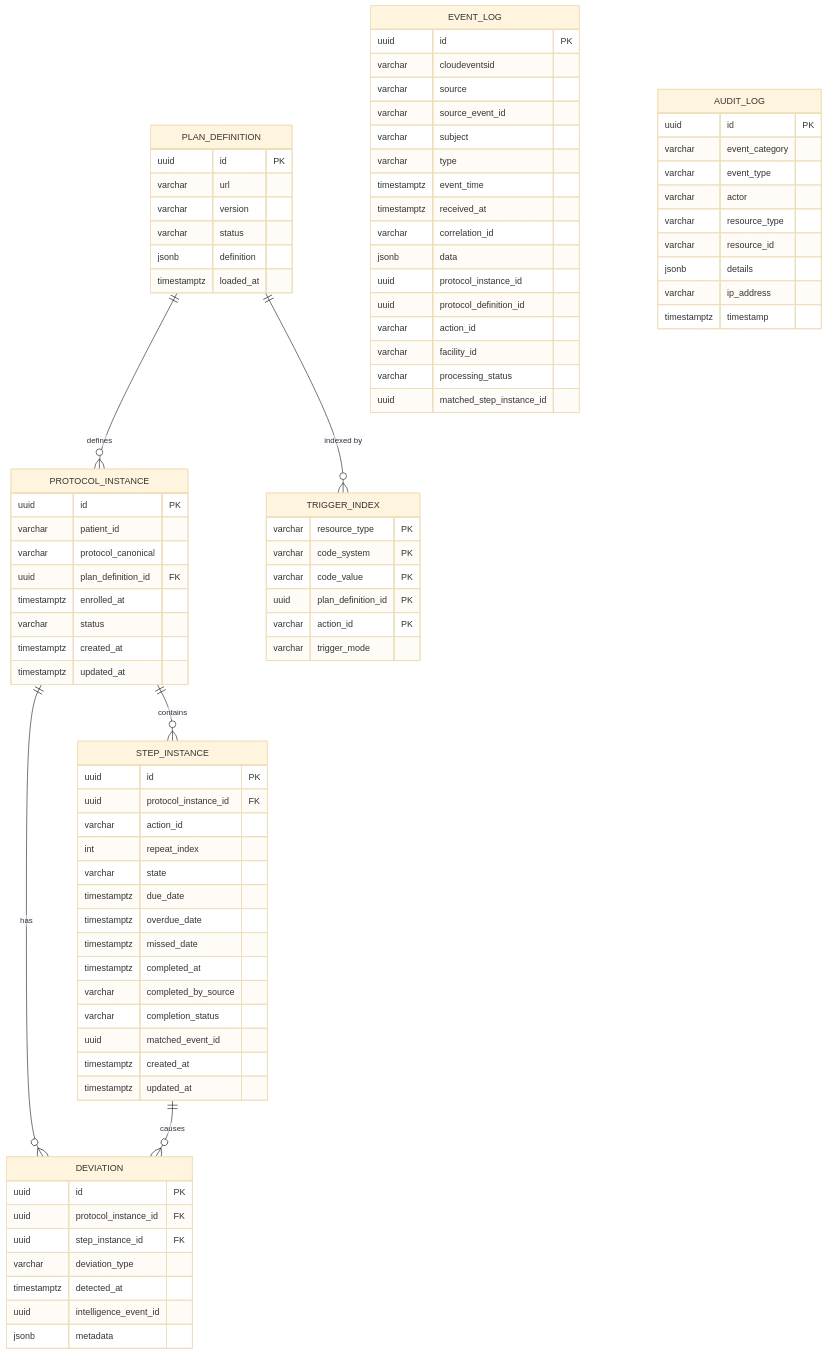
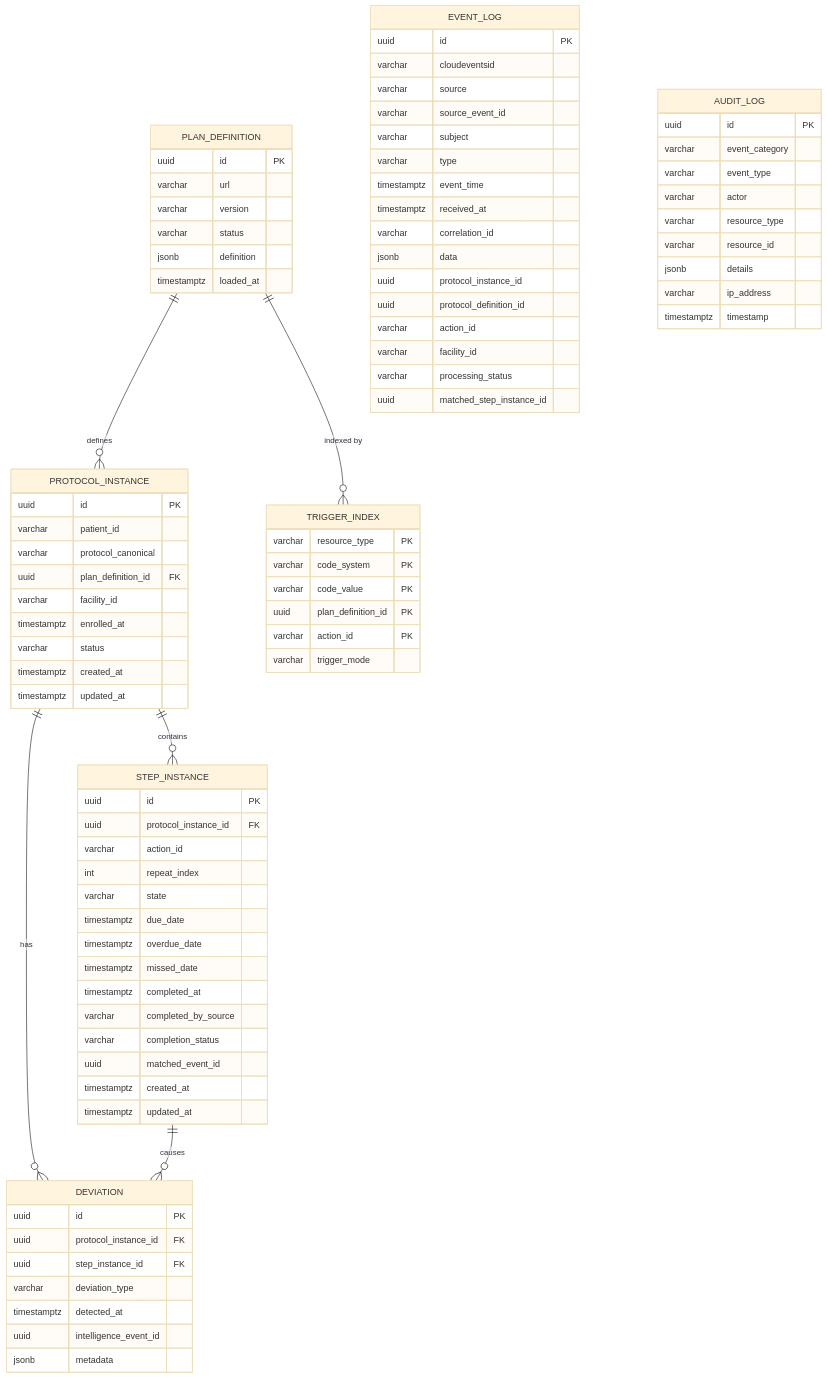
One commit to ishashankakkasali/cce-compliance-service changed the diagram in docs/data-model.md. Above: the diagram before and after it, drawn with Mermaid (base theme). The commit also changed other lines of this file and 5 other files, not shown here.

```diff
--- a/docs/data-model.md
+++ b/docs/data-model.md
@@ -24,6 +24,7 @@
         varchar patient_id
         varchar protocol_canonical
         uuid plan_definition_id FK
+        varchar facility_id
         timestamptz enrolled_at
         varchar status
         timestamptz created_at
```
